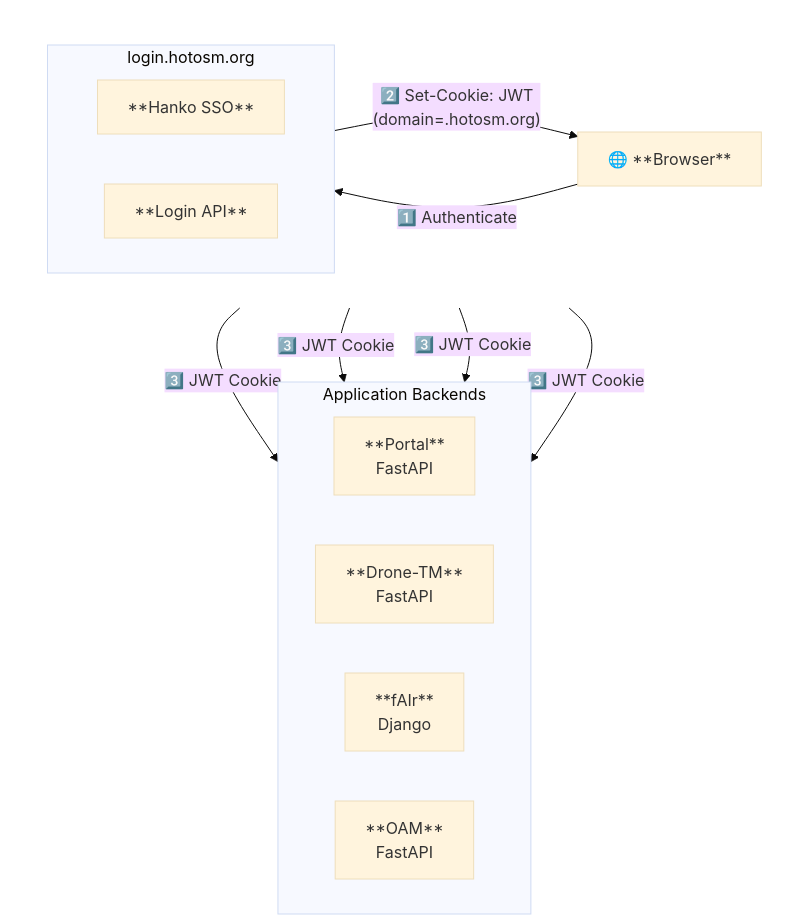
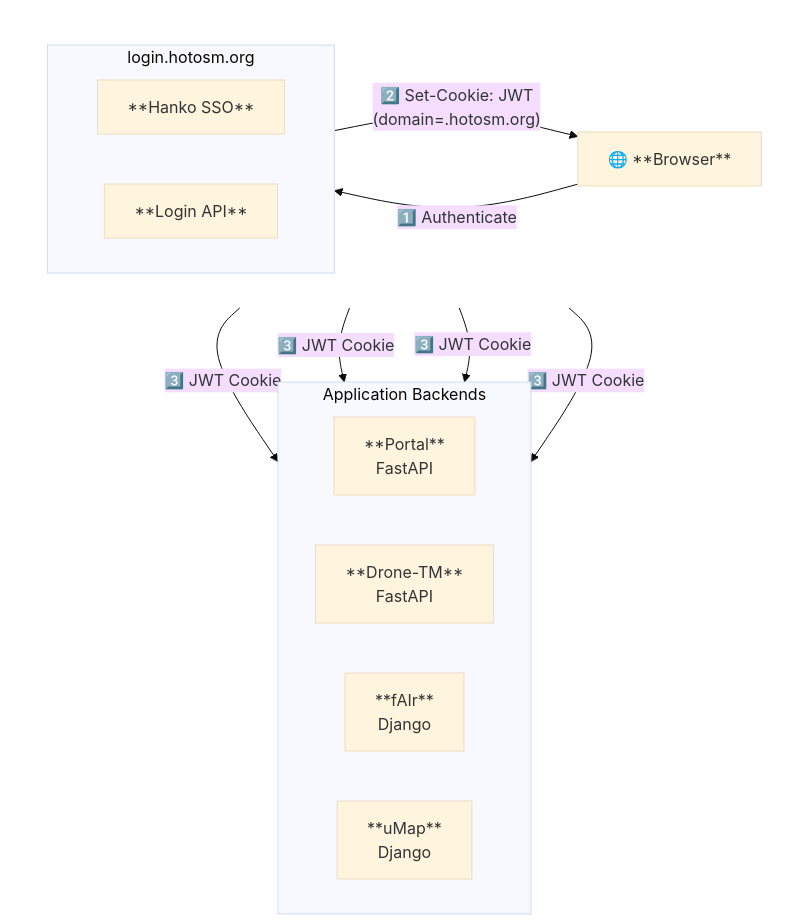
One commit to hotosm/login changed the diagram in docs/src/index.md. Above: the diagram before and after it, drawn with Mermaid. The commit also changed other lines of this file and 67 other files, not shown here.

````diff
--- a/docs/src/index.md
+++ b/docs/src/index.md
@@ -9,31 +9,31 @@
 ```mermaid
 %%{init: {'theme': 'base', 'themeVariables': { 'fontSize': '16px' }}}%%
 flowchart TB
     subgraph Top[" "]
         direction LR
         Browser[🌐 **Browser**]
 
         subgraph LoginService["login.hotosm.org"]
             direction LR
             Hanko[**Hanko SSO**]
             LoginAPI[**Login API**]
         end
     end
 
     subgraph Backends["Application Backends"]
         direction LR
         Portal[**Portal**<br/>FastAPI]
         DroneTM[**Drone-TM**<br/>FastAPI]
         fAIr[**fAIr**<br/>Django]
-        OAM[**OAM**<br/>FastAPI]
+        uMap[**uMap**<br/>Django]
     end
 
     Browser -->|"1️⃣ Authenticate"| LoginService
     LoginService -->|"2️⃣ Set-Cookie: JWT<br/>(domain=.hotosm.org)"| Browser
     Browser -->|"3️⃣ JWT Cookie"| Portal
     Browser -->|"3️⃣ JWT Cookie"| DroneTM
     Browser -->|"3️⃣ JWT Cookie"| fAIr
-    Browser -->|"3️⃣ JWT Cookie"| OAM
+    Browser -->|"3️⃣ JWT Cookie"| uMap
 
     style Top fill:none,stroke:none
 ```
````
